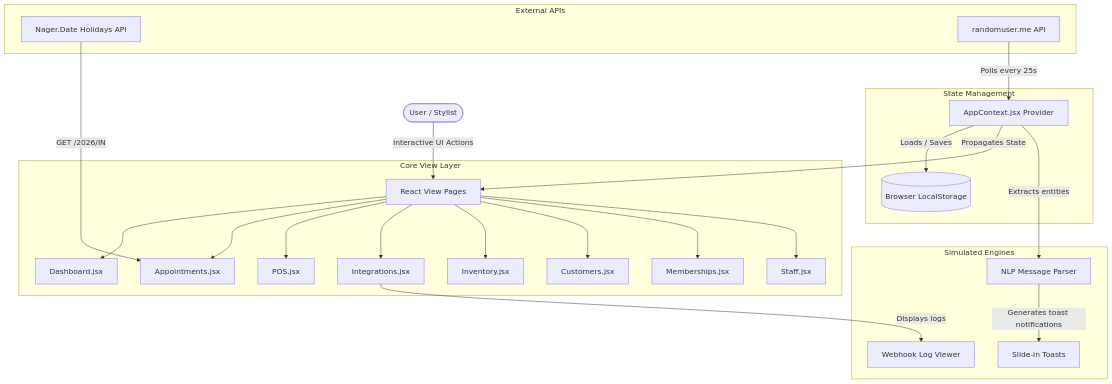
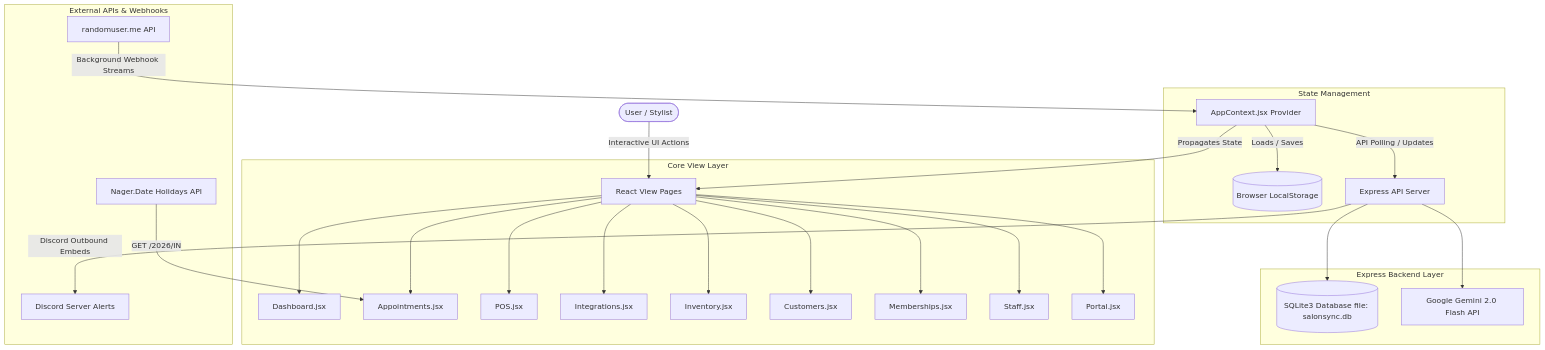
Before and after one commit to 23-303-mvsrec/SalonSync: the first of 4 diagrams in README.md, drawn with Mermaid. The commit also changed other lines of this file and 28 other files, not shown here.

````diff
--- a/README.md
+++ b/README.md
@@ -27,31 +27,33 @@
 ```mermaid
 graph TD
     User([User / Stylist]) -->|Interactive UI Actions| ViewPages[React View Pages]
     
     subgraph Core View Layer
         ViewPages --> DashboardPage[Dashboard.jsx]
         ViewPages --> AppointmentsPage[Appointments.jsx]
         ViewPages --> POSPage[POS.jsx]
         ViewPages --> IntegrationsPage[Integrations.jsx]
         ViewPages --> InventoryPage[Inventory.jsx]
         ViewPages --> CustomersPage[Customers.jsx]
         ViewPages --> MembershipsPage[Memberships.jsx]
         ViewPages --> StaffPage[Staff.jsx]
+        ViewPages --> PortalPage[Portal.jsx]
     end
 
     subgraph State Management
         AppContext[AppContext.jsx Provider] -->|Loads / Saves| LocalStorage[(Browser LocalStorage)]
+        AppContext -->|API Polling / Updates| ExpressServer[Express API Server]
         AppContext -->|Propagates State| ViewPages
     end
 
-    subgraph External APIs
-        NagerAPI[Nager.Date Holidays API] -->|GET /2026/IN| AppointmentsPage
-        RandomUserAPI[randomuser.me API] -->|Polls every 25s| AppContext
+    subgraph Express Backend Layer
+        ExpressServer --> Database[(SQLite3 Database file: salonsync.db)]
+        ExpressServer --> GeminiAPI[Google Gemini 2.0 Flash API]
     end
 
-    subgraph Simulated Engines
-        AppContext -->|Extracts entities| NLPParser[NLP Message Parser]
-        NLPParser -->|Generates toast notifications| UIAlerts[Slide-in Toasts]
-        IntegrationsPage -->|Displays logs| WebhookConsole[Webhook Log Viewer]
+    subgraph External APIs & Webhooks
+        NagerAPI[Nager.Date Holidays API] -->|GET /2026/IN| AppointmentsPage
+        RandomUserAPI[randomuser.me API] -->|Background Webhook Streams| AppContext
+        ExpressServer -->|Discord Outbound Embeds| DiscordWebhook[Discord Server Alerts]
     end
 ```
````
